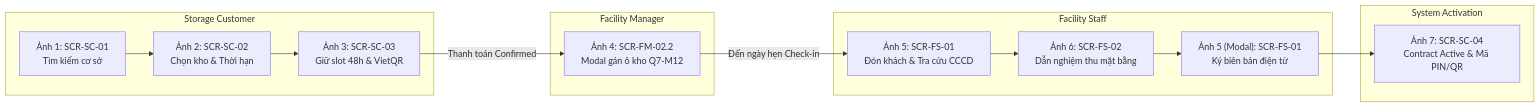
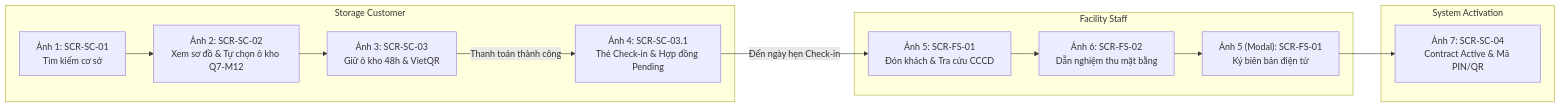
Before and after one commit to Nguyen-Van-Gia-Binh/Self-Storage-Facility-Rental-and-Management-System: the first of 3 diagrams in docs/UI-FLOW-MAPPING.md, drawn with Mermaid. The commit also changed other lines of this file and 42 other files, not shown here.

First line of the commit message:
docs(diagrams): đồng bộ sơ đồ Activity Flow 1 và tài liệu nghiệp vụ (#32)

````diff
--- a/docs/UI-FLOW-MAPPING.md
+++ b/docs/UI-FLOW-MAPPING.md
@@ -26,18 +26,16 @@
 ```mermaid
 graph LR
     subgraph Storage Customer
-        S1["Ảnh 1: SCR-SC-01<br>Tìm kiếm cơ sở"] --> S2["Ảnh 2: SCR-SC-02<br>Chọn kho & Thời hạn"]
-        S2 --> S3["Ảnh 3: SCR-SC-03<br>Giữ slot 48h & VietQR"]
-    end
-    subgraph Facility Manager
-        S3 -->|"Thanh toán Confirmed"| S4["Ảnh 4: SCR-FM-02.2<br>Modal gán ô kho Q7-M12"]
+        S1["Ảnh 1: SCR-SC-01<br>Tìm kiếm cơ sở"] --> S2["Ảnh 2: SCR-SC-02<br>Xem sơ đồ & Tự chọn ô kho Q7-M12"]
+        S2 --> S3["Ảnh 3: SCR-SC-03<br>Giữ ô kho 48h & VietQR"]
+        S3 -->|"Thanh toán thành công"| S4["Ảnh 4: SCR-SC-03.1<br>Thẻ Check-in & Hợp đồng Pending"]
     end
     subgraph Facility Staff
         S4 -->|"Đến ngày hẹn Check-in"| S5["Ảnh 5: SCR-FS-01<br>Đón khách & Tra cứu CCCD"]
         S5 --> S6["Ảnh 6: SCR-FS-02<br>Dẫn nghiệm thu mặt bằng"]
         S6 --> S5_sign["Ảnh 5 (Modal): SCR-FS-01<br>Ký biên bản điện tử"]
     end
     subgraph System Activation
         S5_sign --> S7["Ảnh 7: SCR-SC-04<br>Contract Active & Mã PIN/QR"]
     end
 ```
````
